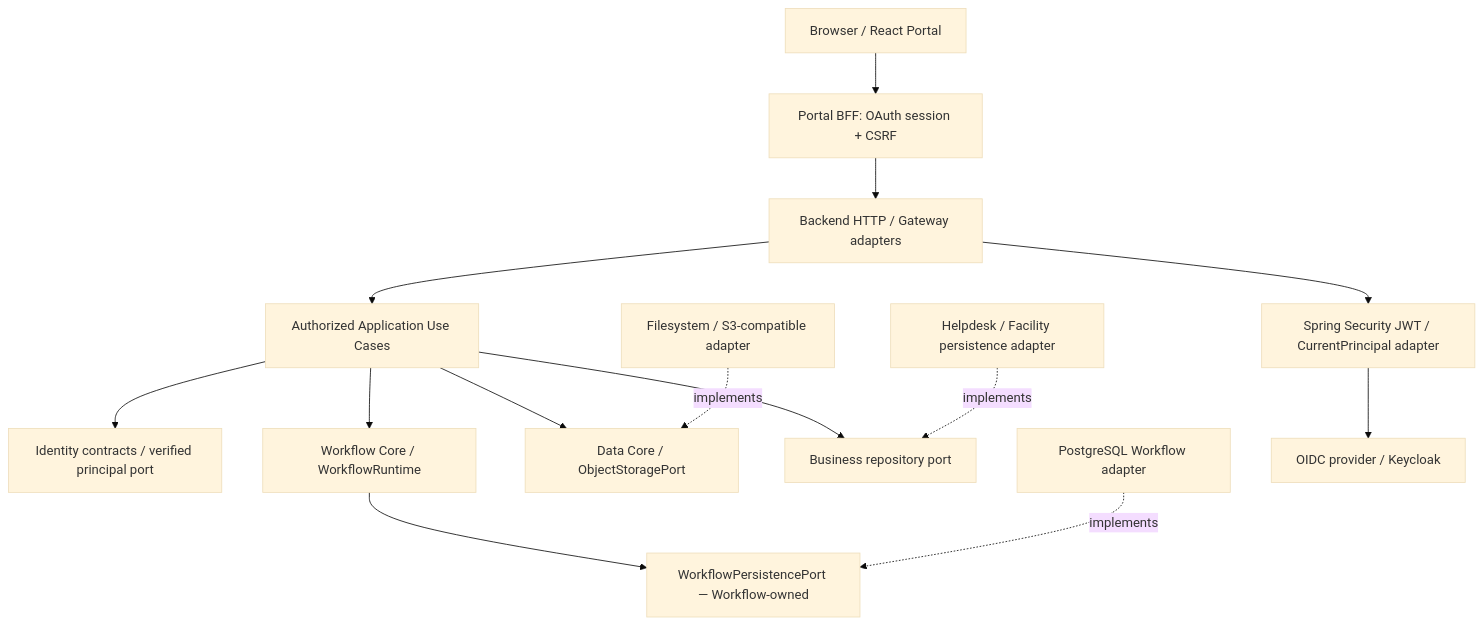
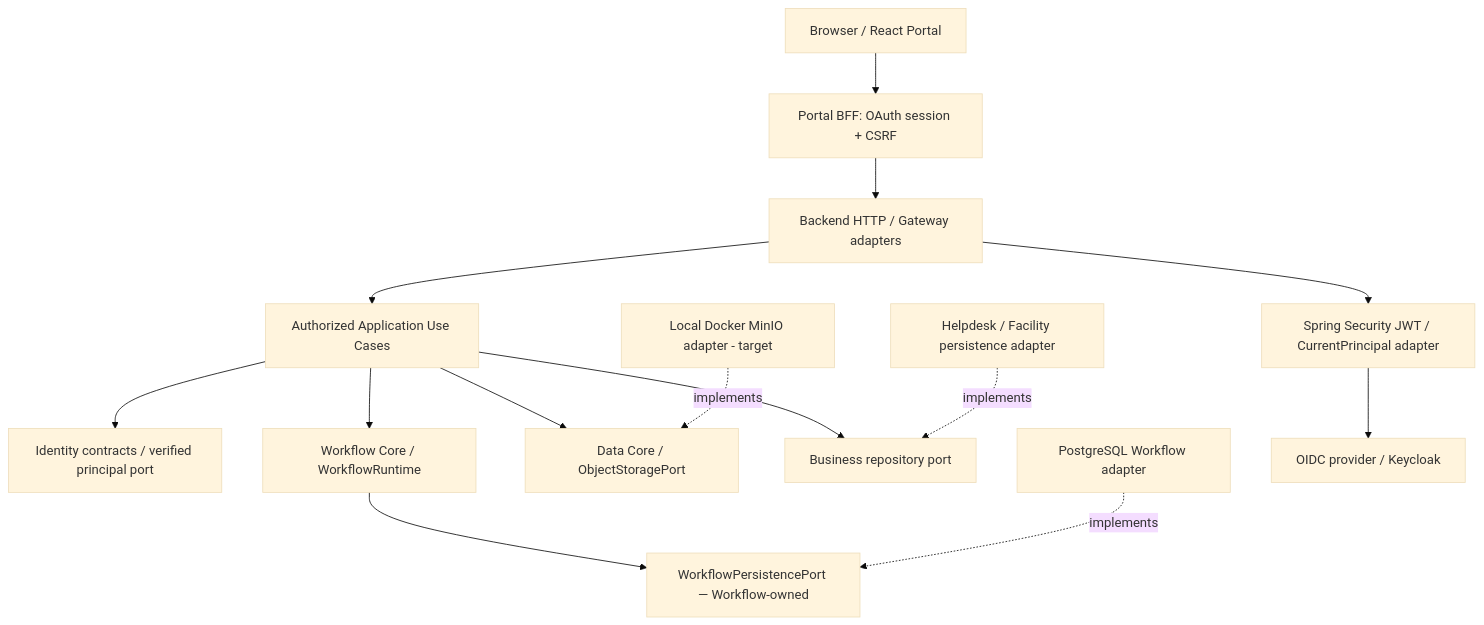
One commit to lexuanbao258-collab/dxos-open-core changed the first of 2 diagrams in docs/01-architecture/core-application-boundary.md. Above: the diagram before and after it, drawn with Mermaid (base theme). The commit also changed other lines of this file and 108 other files, not shown here.

Commit message:
docs(architecture): align storage decision with MinIO MVP

````diff
--- a/docs/01-architecture/core-application-boundary.md
+++ b/docs/01-architecture/core-application-boundary.md
@@ -32,16 +32,16 @@
 ```mermaid
 flowchart TD
     Browser[Browser / React Portal] --> BFF[Portal BFF: OAuth session + CSRF]
     BFF --> HTTP[Backend HTTP / Gateway adapters]
     HTTP --> AUTH[Spring Security JWT / CurrentPrincipal adapter]
     HTTP --> UC[Authorized Application Use Cases]
     UC --> ID[Identity contracts / verified principal port]
     UC --> WF[Workflow Core / WorkflowRuntime]
     UC --> STORAGE[Data Core / ObjectStoragePort]
     UC --> BR[Business repository port]
     WF --> WPORT[WorkflowPersistencePort — Workflow-owned]
     WDB[PostgreSQL Workflow adapter] -. implements .-> WPORT
-    S3[Filesystem / S3-compatible adapter] -. implements .-> STORAGE
+    MinIO[Local Docker MinIO adapter - target] -. implements .-> STORAGE
     BDB[Helpdesk / Facility persistence adapter] -. implements .-> BR
     AUTH --> OIDC[OIDC provider / Keycloak]
 ```
````
